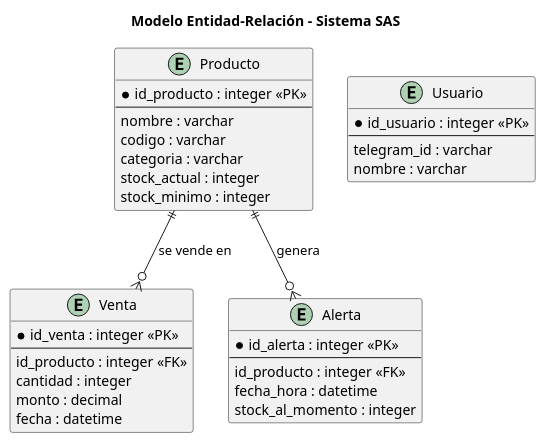
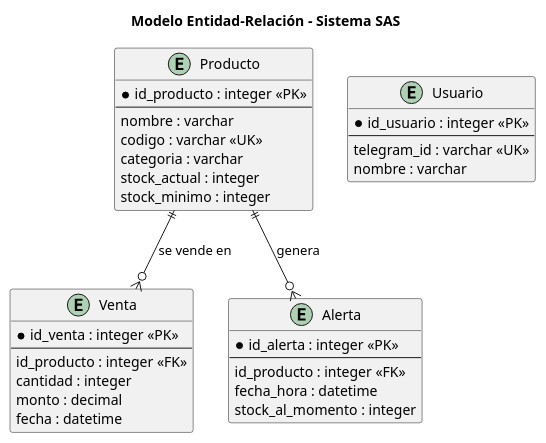
Before and after one commit to JOAC07/Grupo7: the diagram in diagramas/er.puml, drawn with PlantUML.

Commit message:
Marcar atributos únicos (codigo y telegram_id) en el diagrama ER

```diff
--- a/diagramas/er.puml
+++ b/diagramas/er.puml
@@ -1,43 +1,43 @@
 @startuml
 title Modelo Entidad-Relación - Sistema SAS
 
 ' --- Entidades ---
 entity Producto {
   * id_producto : integer <<PK>>
   --
   nombre : varchar
-  codigo : varchar
+  codigo : varchar <<UK>>
   categoria : varchar
   stock_actual : integer
   stock_minimo : integer
 }
 
 entity Venta {
   * id_venta : integer <<PK>>
   --
   id_producto : integer <<FK>>
   cantidad : integer
   monto : decimal
   fecha : datetime
 }
 
 entity Alerta {
   * id_alerta : integer <<PK>>
   --
   id_producto : integer <<FK>>
   fecha_hora : datetime
   stock_al_momento : integer
 }
 
 entity Usuario {
   * id_usuario : integer <<PK>>
   --
-  telegram_id : varchar
+  telegram_id : varchar <<UK>>
   nombre : varchar
 }
 
 ' --- Relaciones ---
 Producto ||--o{ Venta : "se vende en"
 Producto ||--o{ Alerta : "genera"
 
 @enduml
```
